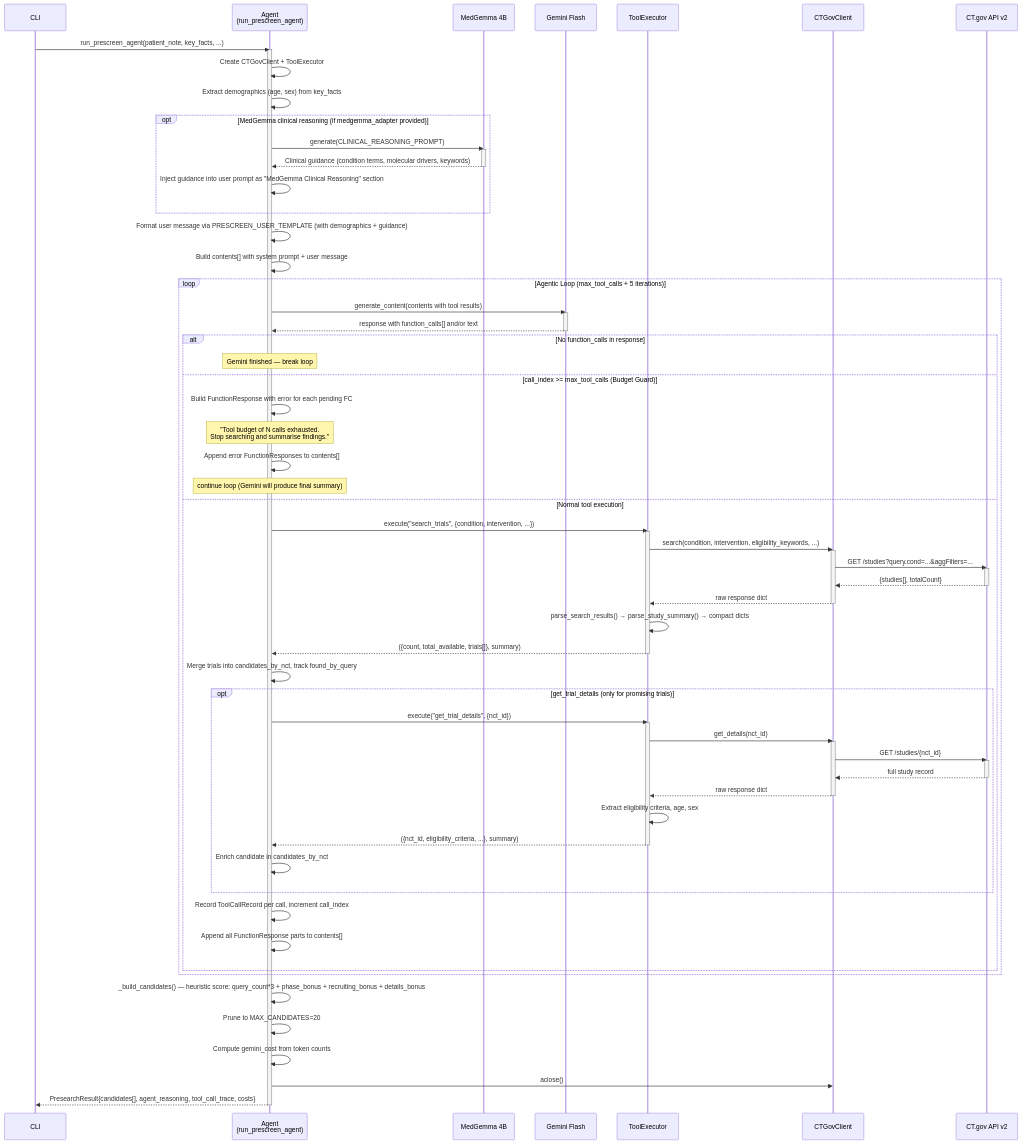
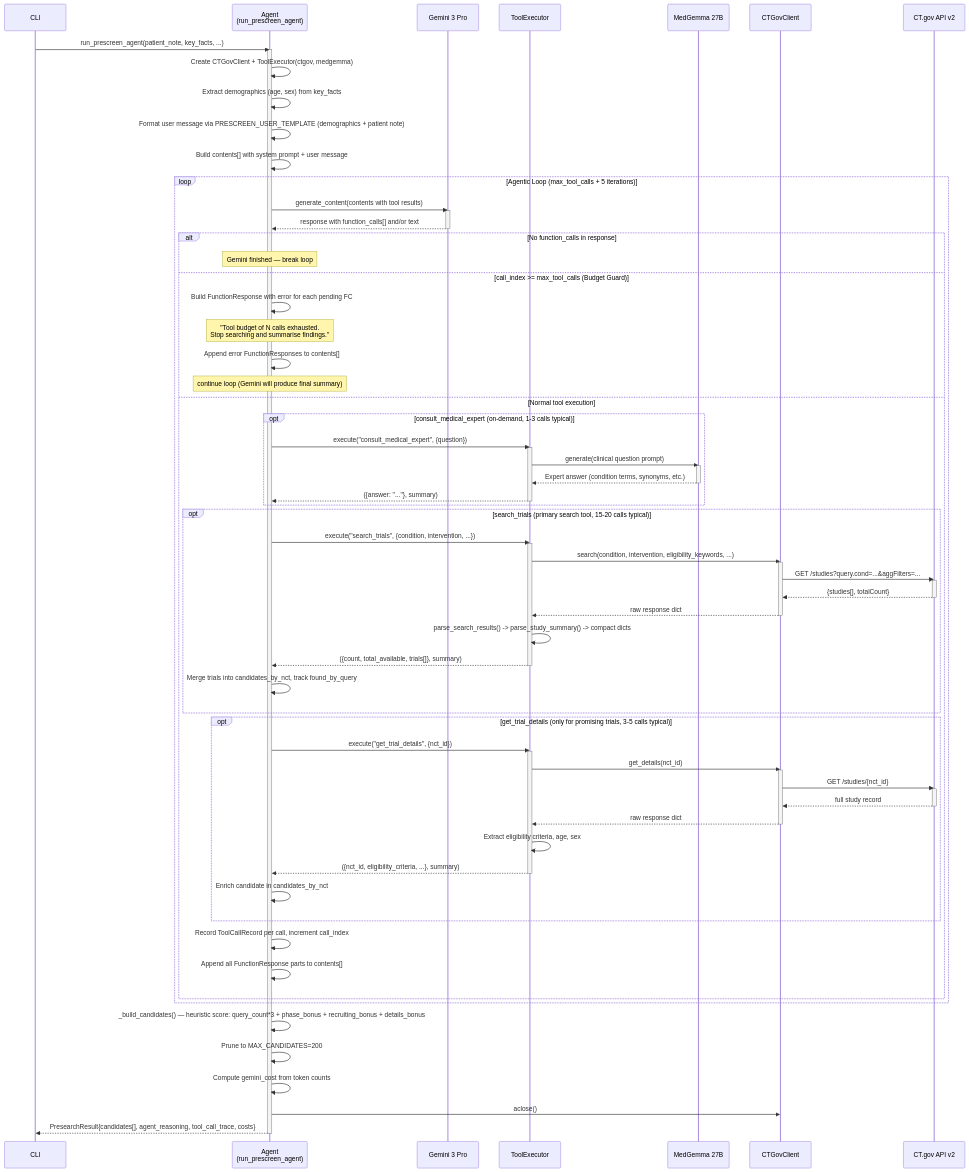
Before and after one commit to yaki6/clinical-trial-matching-medgemma: the first of 4 diagrams in docs/architecture/prescreen-sequence-diagrams.md, drawn with Mermaid. The commit also changed other lines of this file and 4 other files, not shown here.

First line of the commit message:
fix: update docs + add consult_medical_expert integration tests

```diff
--- a/docs/architecture/prescreen-sequence-diagrams.md
+++ b/docs/architecture/prescreen-sequence-diagrams.md
@@ -26,27 +24,18 @@
 sequenceDiagram
     participant CLI
     participant Agent as Agent<br/>(run_prescreen_agent)
-    participant MG as MedGemma 4B
-    participant Gemini as Gemini Flash
+    participant Gemini as Gemini 3 Pro
     participant TE as ToolExecutor
+    participant MG as MedGemma 27B
     participant CTGov as CTGovClient
     participant API as CT.gov API v2
 
     CLI->>Agent: run_prescreen_agent(patient_note, key_facts, ...)
     activate Agent
 
-    Agent->>Agent: Create CTGovClient + ToolExecutor
+    Agent->>Agent: Create CTGovClient + ToolExecutor(ctgov, medgemma)
     Agent->>Agent: Extract demographics (age, sex) from key_facts
-
-    opt MedGemma clinical reasoning (if medgemma_adapter provided)
-        Agent->>MG: generate(CLINICAL_REASONING_PROMPT)
-        activate MG
-        MG-->>Agent: Clinical guidance (condition terms, molecular drivers, keywords)
-        deactivate MG
-        Agent->>Agent: Inject guidance into user prompt as "MedGemma Clinical Reasoning" section
-    end
-
-    Agent->>Agent: Format user message via PRESCREEN_USER_TEMPLATE (with demographics + guidance)
+    Agent->>Agent: Format user message via PRESCREEN_USER_TEMPLATE (demographics + patient note)
     Agent->>Agent: Build contents[] with system prompt + user message
 
     loop Agentic Loop (max_tool_calls + 5 iterations)
@@ -63,23 +52,36 @@
             Agent->>Agent: Append error FunctionResponses to contents[]
             Note over Agent: continue loop (Gemini will produce final summary)
         else Normal tool execution
-            Agent->>TE: execute("search_trials", {condition, intervention, ...})
-            activate TE
-            TE->>CTGov: search(condition, intervention, eligibility_keywords, ...)
-            activate CTGov
-            CTGov->>API: GET /studies?query.cond=...&aggFilters=...
-            activate API
-            API-->>CTGov: {studies[], totalCount}
-            deactivate API
-            CTGov-->>TE: raw response dict
-            deactivate CTGov
-            TE->>TE: parse_search_results() → parse_study_summary() → compact dicts
-            TE-->>Agent: ({count, total_available, trials[]}, summary)
-            deactivate TE
 
-            Agent->>Agent: Merge trials into candidates_by_nct, track found_by_query
+            opt consult_medical_expert (on-demand, 1-3 calls typical)
+                Agent->>TE: execute("consult_medical_expert", {question})
+                activate TE
+                TE->>MG: generate(clinical question prompt)
+                activate MG
+                MG-->>TE: Expert answer (condition terms, synonyms, etc.)
+                deactivate MG
+                TE-->>Agent: ({answer: "..."}, summary)
+                deactivate TE
+            end
 
-            opt get_trial_details (only for promising trials)
+            opt search_trials (primary search tool, 15-20 calls typical)
+                Agent->>TE: execute("search_trials", {condition, intervention, ...})
+                activate TE
+                TE->>CTGov: search(condition, intervention, eligibility_keywords, ...)
+                activate CTGov
+                CTGov->>API: GET /studies?query.cond=...&aggFilters=...
+                activate API
+                API-->>CTGov: {studies[], totalCount}
+                deactivate API
+                CTGov-->>TE: raw response dict
+                deactivate CTGov
+                TE->>TE: parse_search_results() -> parse_study_summary() -> compact dicts
+                TE-->>Agent: ({count, total_available, trials[]}, summary)
+                deactivate TE
+                Agent->>Agent: Merge trials into candidates_by_nct, track found_by_query
+            end
+
+            opt get_trial_details (only for promising trials, 3-5 calls typical)
                 Agent->>TE: execute("get_trial_details", {nct_id})
                 activate TE
                 TE->>CTGov: get_details(nct_id)
@@ -102,7 +104,7 @@
     end
 
     Agent->>Agent: _build_candidates() — heuristic score: query_count*3 + phase_bonus + recruiting_bonus + details_bonus
-    Agent->>Agent: Prune to MAX_CANDIDATES=20
+    Agent->>Agent: Prune to MAX_CANDIDATES=200
     Agent->>Agent: Compute gemini_cost from token counts
     Agent->>CTGov: aclose()
 
```
